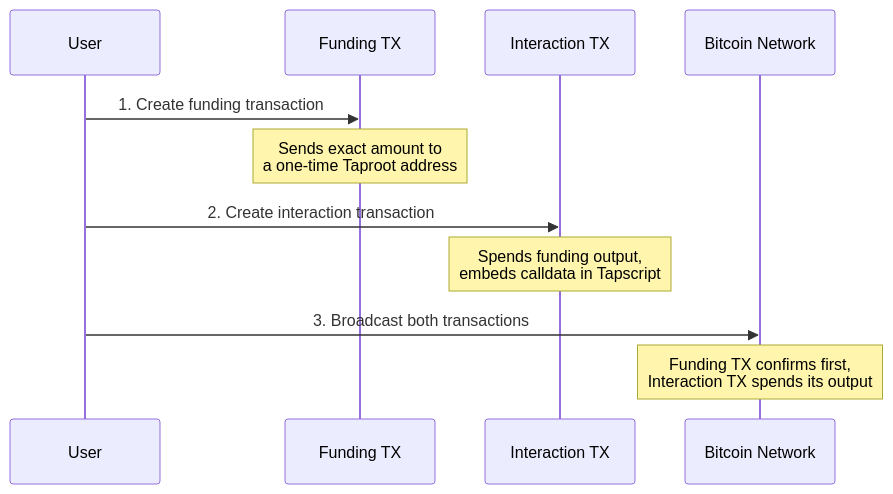
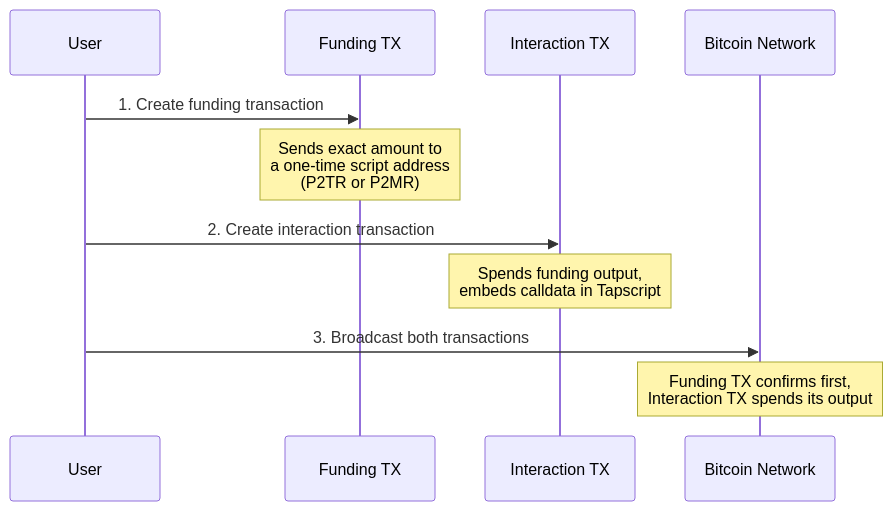
Before and after one commit to btc-vision/transaction: the second of 5 diagrams in documentation/getting-started/overview.md, drawn with Mermaid. The commit also changed other lines of this file and 13 other files, not shown here.

````diff
--- a/documentation/getting-started/overview.md
+++ b/documentation/getting-started/overview.md
@@ -76,16 +76,16 @@
 ```mermaid
 sequenceDiagram
     participant User
     participant FundingTx as Funding TX
     participant InteractionTx as Interaction TX
     participant Network as Bitcoin Network
 
     User->>FundingTx: 1. Create funding transaction
-    Note over FundingTx: Sends exact amount to<br/>a one-time Taproot address
+    Note over FundingTx: Sends exact amount to<br/>a one-time script address<br/>(P2TR or P2MR)
 
     User->>InteractionTx: 2. Create interaction transaction
     Note over InteractionTx: Spends funding output,<br/>embeds calldata in Tapscript
 
     User->>Network: 3. Broadcast both transactions
     Note over Network: Funding TX confirms first,<br/>Interaction TX spends its output
 ```
````
